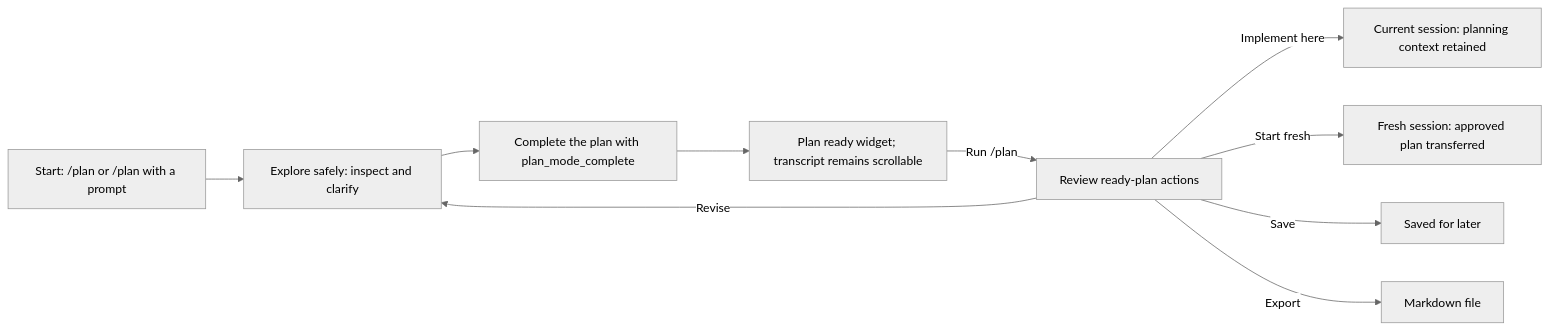
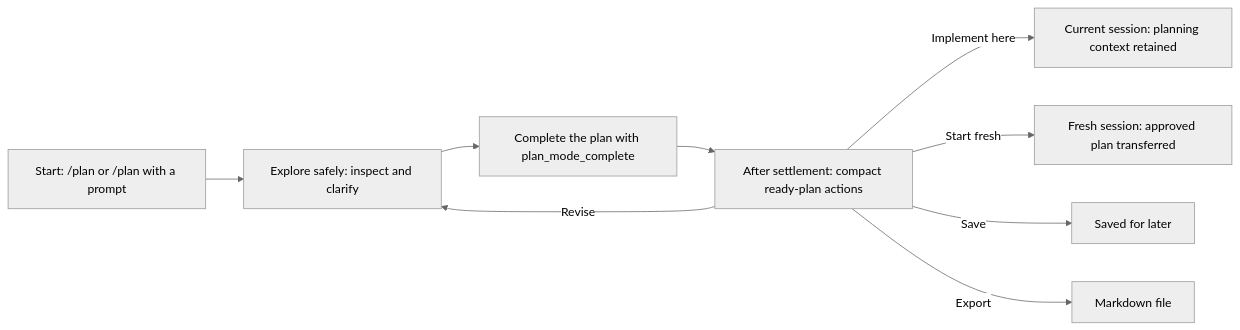
One commit to nredd/pi-harness changed the first of 2 diagrams in README.md. Above: the diagram before and after it, drawn with Mermaid (neutral theme). The commit also changed other lines of this file and 12 other files, not shown here.

First line of the commit message:
Restore compact ready-plan approval

````diff
--- a/README.md
+++ b/README.md
@@ -63,13 +63,12 @@
 ```mermaid
 flowchart LR
     start["Start: /plan or /plan with a prompt"]
     start --> explore["Explore safely: inspect and clarify"]
     explore --> complete["Complete the plan with plan_mode_complete"]
-    complete --> pending["Plan ready widget; transcript remains scrollable"]
-    pending -->|Run /plan| review["Review ready-plan actions"]
+    complete --> review["After settlement: compact ready-plan actions"]
     review -->|Revise| explore
     review -->|Implement here| current["Current session: planning context retained"]
     review -->|Start fresh| fresh["Fresh session: approved plan transferred"]
     review -->|Save| saved["Saved for later"]
     review -->|Export| exported["Markdown file"]
 ```
````
